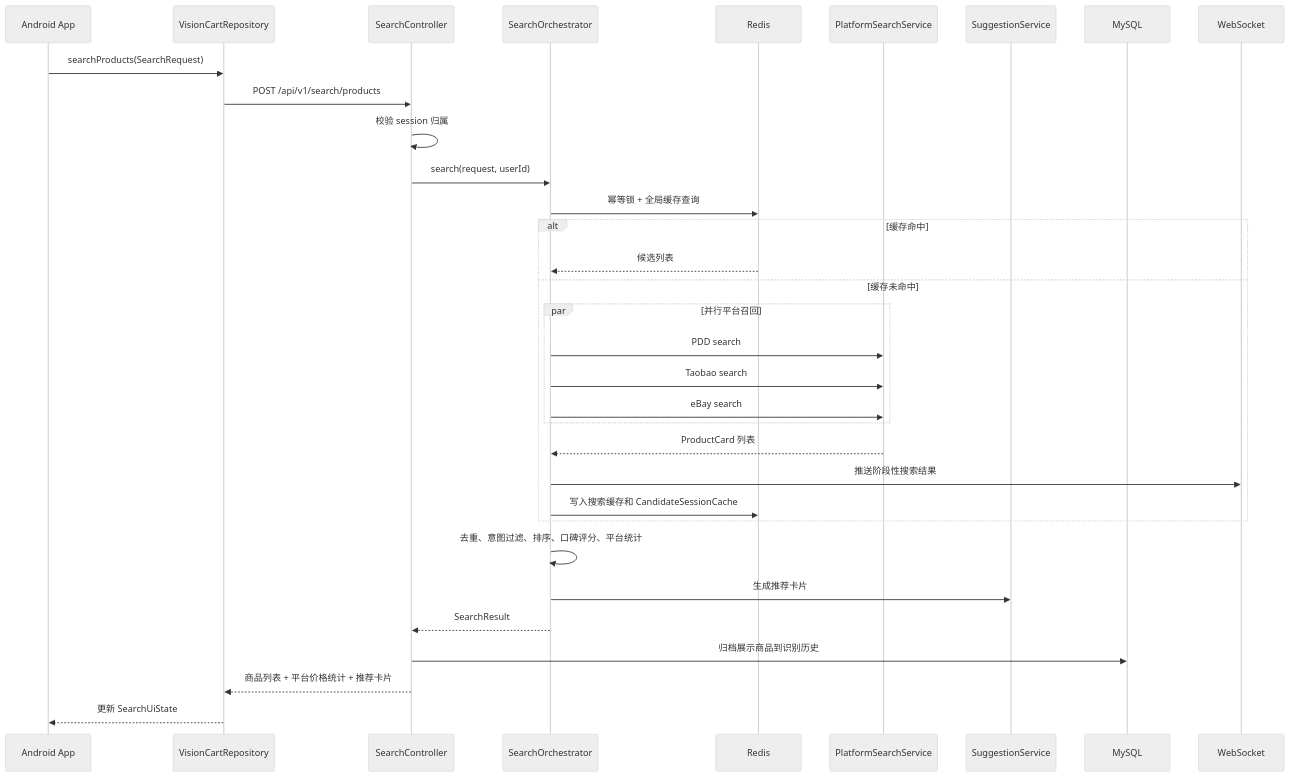
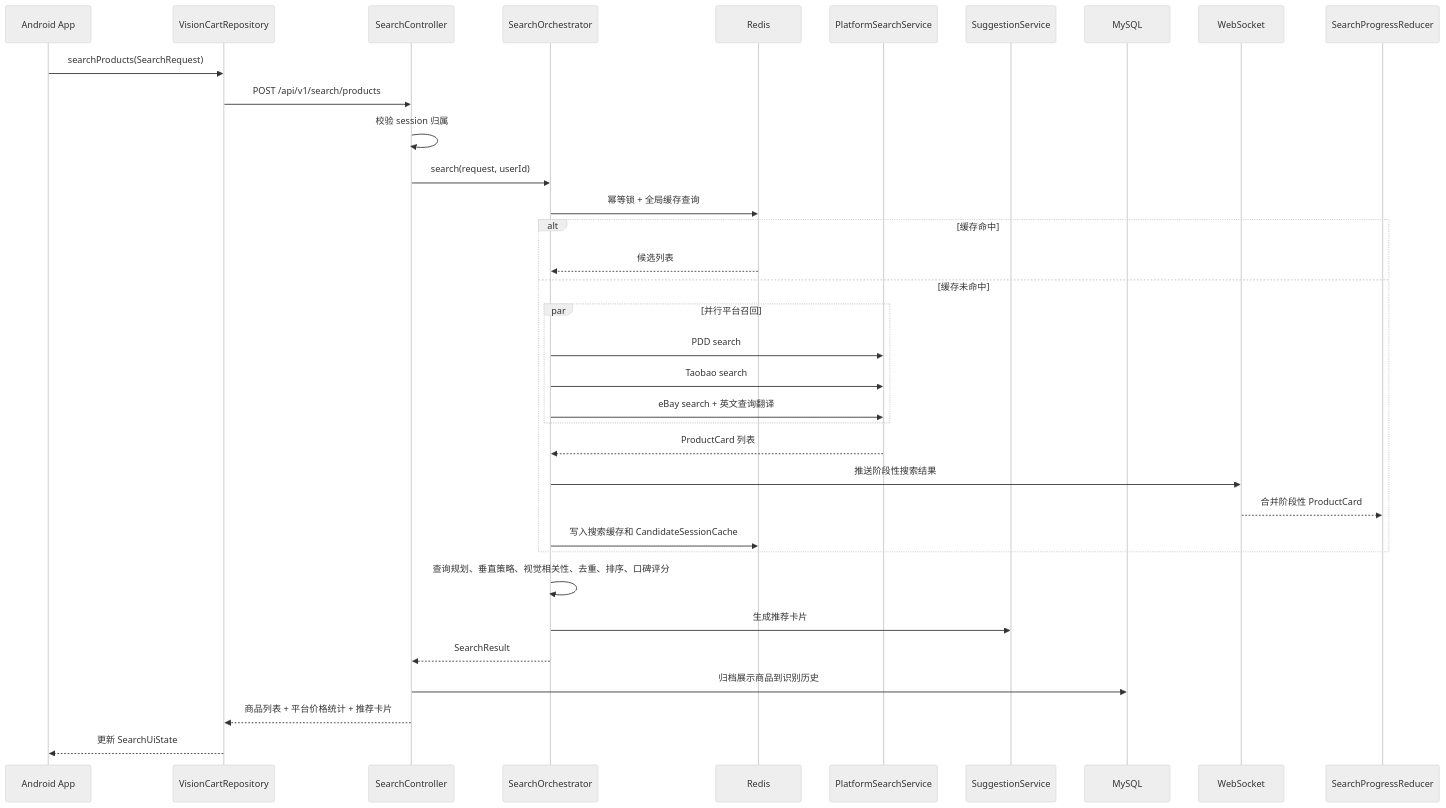
One commit to buwenjiayou/VisionCart changed the sixth of 12 diagrams in docs/architecture-design.md. Above: the diagram before and after it, drawn with Mermaid (neutral theme). The commit also changed other lines of this file and 69 other files, not shown here.

````diff
--- a/docs/architecture-design.md
+++ b/docs/architecture-design.md
@@ -209,38 +222,40 @@
 ```mermaid
 sequenceDiagram
     participant App as Android App
     participant Repo as VisionCartRepository
     participant SC as SearchController
     participant SO as SearchOrchestrator
     participant Redis as Redis
     participant P as PlatformSearchService
     participant S as SuggestionService
     participant DB as MySQL
     participant WS as WebSocket
+    participant R as SearchProgressReducer
 
     App->>Repo: searchProducts(SearchRequest)
     Repo->>SC: POST /api/v1/search/products
     SC->>SC: 校验 session 归属
     SC->>SO: search(request, userId)
     SO->>Redis: 幂等锁 + 全局缓存查询
 
     alt 缓存命中
         Redis-->>SO: 候选列表
     else 缓存未命中
         par 并行平台召回
             SO->>P: PDD search
             SO->>P: Taobao search
-            SO->>P: eBay search
+            SO->>P: eBay search + 英文查询翻译
         end
         P-->>SO: ProductCard 列表
         SO->>WS: 推送阶段性搜索结果
+        WS-->>R: 合并阶段性 ProductCard
         SO->>Redis: 写入搜索缓存和 CandidateSessionCache
     end
 
-    SO->>SO: 去重、意图过滤、排序、口碑评分、平台统计
+    SO->>SO: 查询规划、垂直策略、视觉相关性、去重、排序、口碑评分
     SO->>S: 生成推荐卡片
     SO-->>SC: SearchResult
     SC->>DB: 归档展示商品到识别历史
     SC-->>Repo: 商品列表 + 平台价格统计 + 推荐卡片
     Repo-->>App: 更新 SearchUiState
 ```
````
